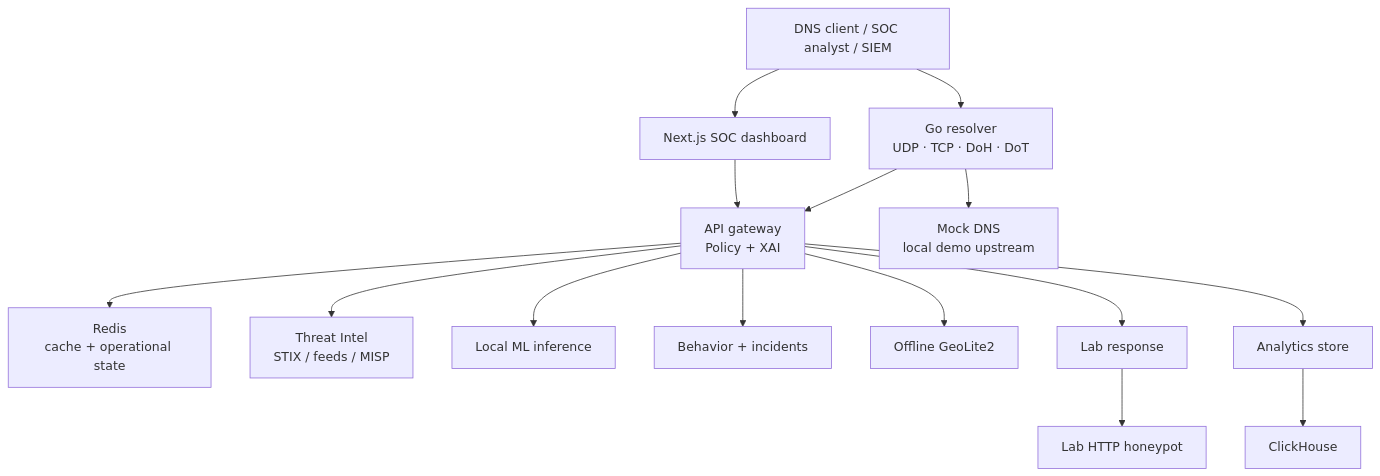
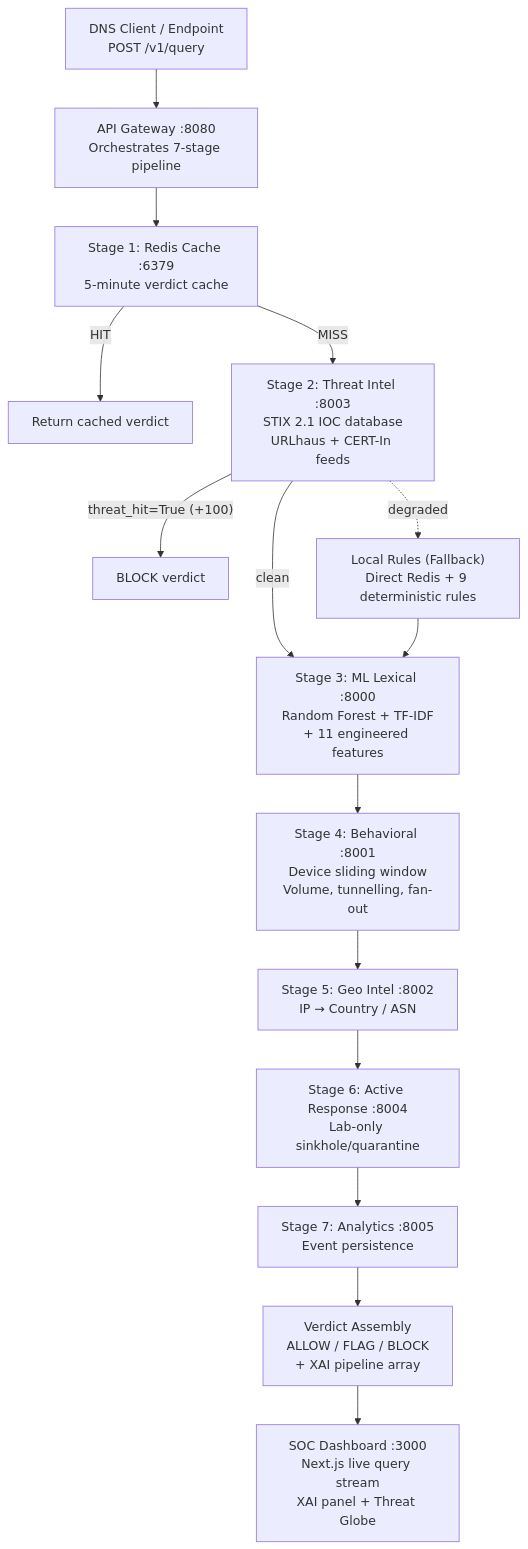
Before and after one commit to Kshitiz-Khandelwal/SIH-DNS-wala-proejct: the diagram in README.md, drawn with Mermaid. The commit also changed other lines of this file, not shown here.

````diff
--- a/README.md
+++ b/README.md
@@ -57,17 +41,22 @@
 ```mermaid
-flowchart TB
-    Client["DNS client / SOC analyst / SIEM"] --> Resolver["Go resolver\nUDP · TCP · DoH · DoT"]
-    Client --> Dashboard["Next.js SOC dashboard"]
-    Resolver --> Gateway["API gateway\nPolicy + XAI"]
-    Dashboard --> Gateway
-    Gateway --> Redis["Redis\ncache + operational state"]
-    Gateway --> TI["Threat Intel\nSTIX / feeds / MISP"]
-    Gateway --> ML["Local ML inference"]
-    Gateway --> Behavior["Behavior + incidents"]
-    Gateway --> Geo["Offline GeoLite2"]
-    Gateway --> Response["Lab response"]
-    Gateway --> Analytics["Analytics store"]
-    Analytics --> ClickHouse["ClickHouse"]
-    Resolver --> MockDNS["Mock DNS\nlocal demo upstream"]
-    Response --> Honeypot["Lab HTTP honeypot"]
+graph TD
+    CLIENT["DNS Client / Endpoint<br/>POST /v1/query"] --> GW["API Gateway :8080<br/>Orchestrates 7-stage pipeline"]
+
+    GW --> CACHE["Stage 1: Redis Cache :6379<br/>5-minute verdict cache"]
+    CACHE -- "HIT" --> RESP["Return cached verdict"]
+    CACHE -- "MISS" --> TI["Stage 2: Threat Intel :8003<br/>STIX 2.1 IOC database<br/>URLhaus + CERT-In feeds"]
+
+    TI -- "threat_hit=True (+100)" --> BLOCK["BLOCK verdict"]
+    TI -- "clean" --> ML["Stage 3: ML Lexical :8000<br/>Random Forest + TF-IDF<br/>+ 11 engineered features"]
+
+    TI -. "degraded" .-> LR["Local Rules (Fallback)<br/>Direct Redis + 9 deterministic rules"]
+    LR --> ML
+
+    ML --> BEH["Stage 4: Behavioral :8001<br/>Device sliding window<br/>Volume, tunnelling, fan-out"]
+    BEH --> GEO["Stage 5: Geo Intel :8002<br/>IP → Country / ASN"]
+    GEO --> AR["Stage 6: Active Response :8004<br/>Lab-only sinkhole/quarantine"]
+    AR --> ANL["Stage 7: Analytics :8005<br/>Event persistence"]
+
+    ANL --> VERDICT["Verdict Assembly<br/>ALLOW / FLAG / BLOCK<br/>+ XAI pipeline array"]
+    VERDICT --> DASH["SOC Dashboard :3000<br/>Next.js live query stream<br/>XAI panel + Threat Globe"]
 ```
````
